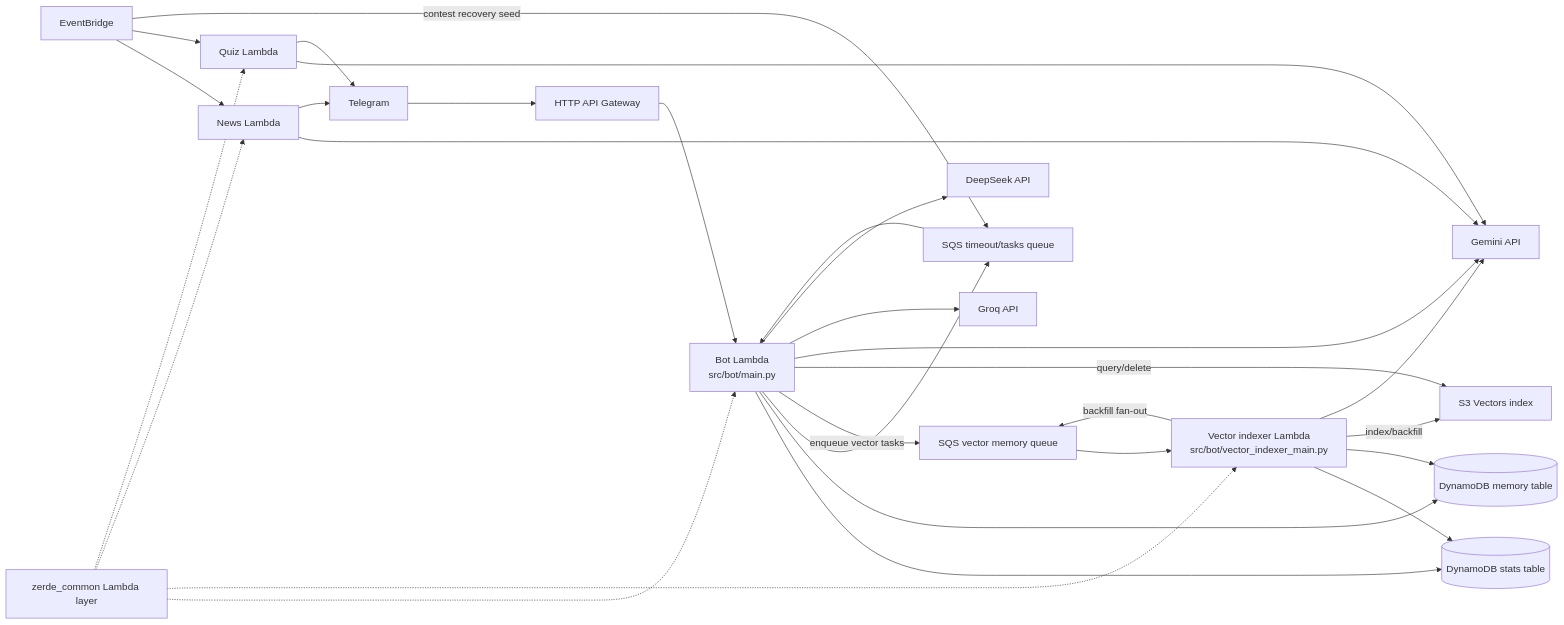
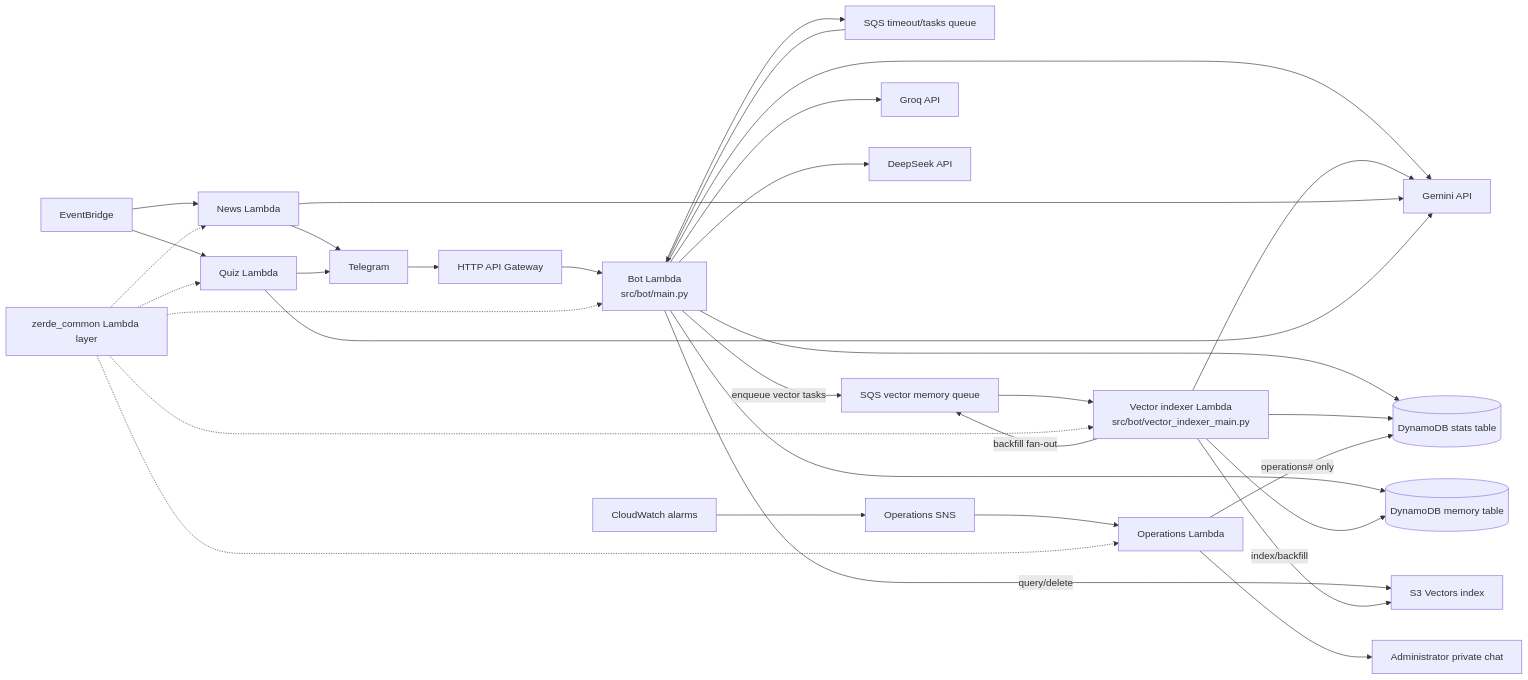
One commit to Bayashat/zerde-serverless-bot changed the diagram in docs/ARCHITECTURE.md. Above: the diagram before and after it, drawn with Mermaid. The commit also changed other lines of this file and 291 other files, not shown here.

````diff
--- a/docs/ARCHITECTURE.md
+++ b/docs/ARCHITECTURE.md
@@ -21,34 +28,38 @@
 ```mermaid
 flowchart LR
   TG["Telegram"] --> APIGW["HTTP API Gateway"]
   APIGW --> BOT["Bot Lambda<br/>src/bot/main.py"]
   MAINQ["SQS timeout/tasks queue"] --> BOT
   VQ["SQS vector memory queue"] --> VIDX["Vector indexer Lambda<br/>src/bot/vector_indexer_main.py"]
 
   BOT --> STATS[("DynamoDB stats table")]
   BOT --> MEMORY[("DynamoDB memory table")]
   BOT --> MAINQ
   BOT -- "enqueue vector tasks" --> VQ
   BOT -- "query/delete" --> S3V["S3 Vectors index"]
   BOT --> GEMINI["Gemini API"]
   BOT --> GROQ["Groq API"]
   BOT --> DEEPSEEK["DeepSeek API"]
   VIDX -- "backfill fan-out" --> VQ
   VIDX --> STATS
   VIDX --> MEMORY
   VIDX -- "index/backfill" --> S3V
   VIDX --> GEMINI
 
   EB["EventBridge"] --> NEWS["News Lambda"]
   EB --> QUIZ["Quiz Lambda"]
-  EB -- "contest recovery seed" --> MAINQ
   NEWS --> GEMINI
   QUIZ --> GEMINI
   NEWS --> TG
   QUIZ --> TG
 
   LAYER["zerde_common Lambda layer"] -.-> BOT
   LAYER -.-> VIDX
   LAYER -.-> NEWS
   LAYER -.-> QUIZ
+  CW["CloudWatch alarms"] --> SNS["Operations SNS"]
+  SNS --> OPS["Operations Lambda"]
+  OPS --> ADMIN["Administrator private chat"]
+  OPS -- "operations# only" --> STATS
+  LAYER -.-> OPS
 ```
````
